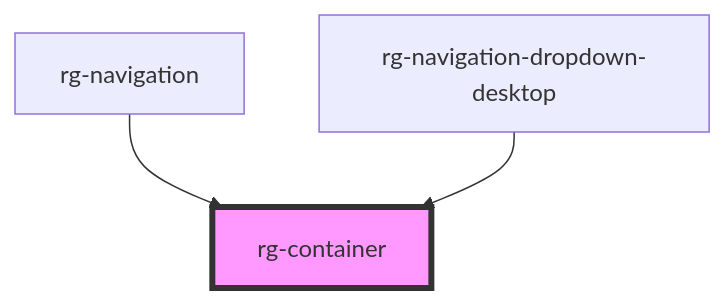
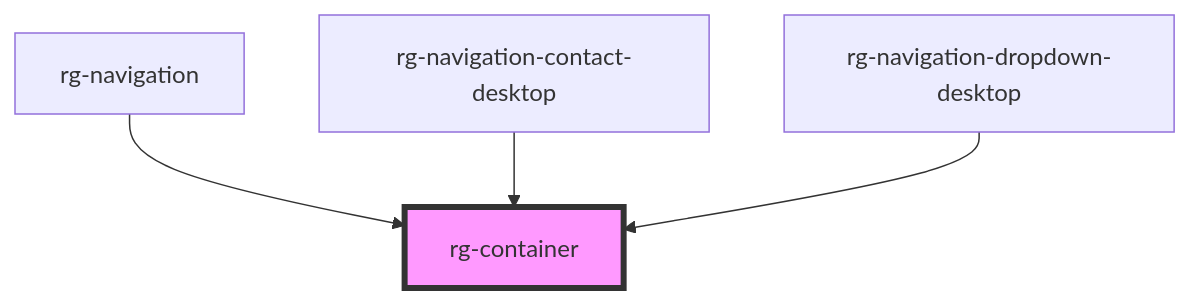
One commit to tomas862/regila-ui changed the diagram in src/components/container/readme.md. Above: the diagram before and after it, drawn with Mermaid. The commit also changed other lines of this file and 24 other files, not shown here.

````diff
--- a/src/components/container/readme.md
+++ b/src/components/container/readme.md
@@ -16,6 +17,7 @@
 ```mermaid
 graph TD;
   rg-navigation --> rg-container
+  rg-navigation-contact-desktop --> rg-container
   rg-navigation-dropdown-desktop --> rg-container
   style rg-container fill:#f9f,stroke:#333,stroke-width:4px
 ```
````
